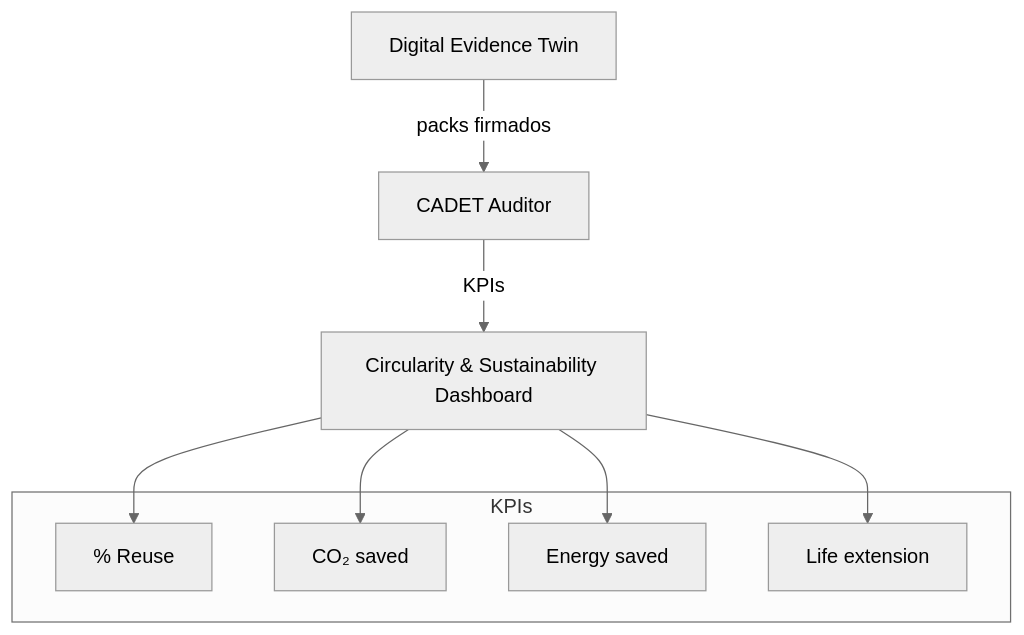
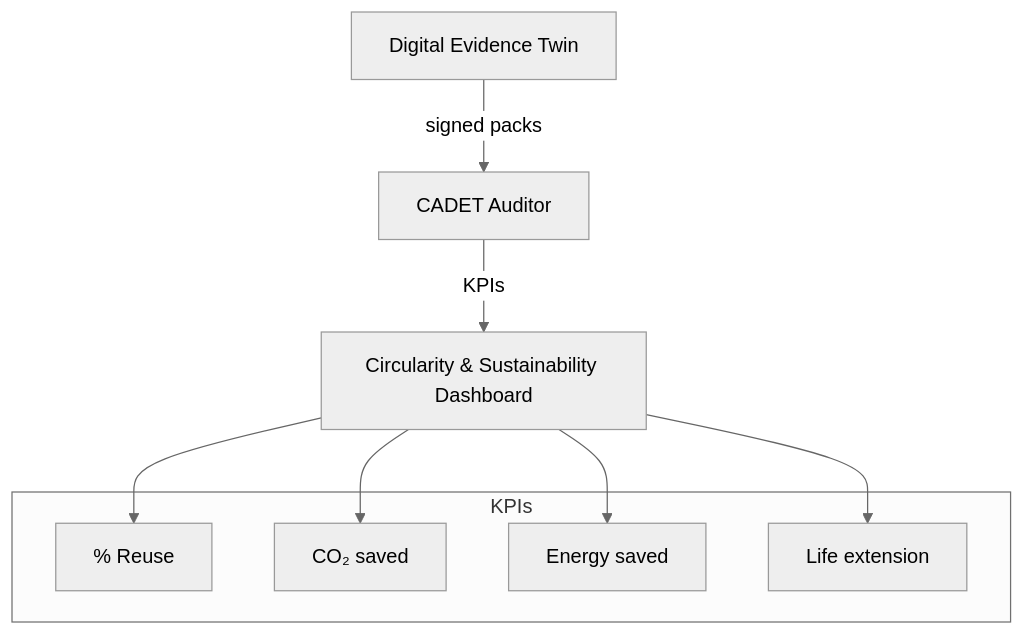
One commit to Robbbo-T/Robbbo-T-LEGACY changed the fifth of 5 diagrams in README.md. Above: the diagram before and after it, drawn with Mermaid (neutral theme). The commit also changed other lines of this file, not shown here.

````diff
--- a/README.md
+++ b/README.md
@@ -480,12 +597,12 @@
 ```mermaid
 flowchart TD
-  DET[Digital Evidence Twin] -->|packs firmados| CADET[CADET Auditor]
+  DET[Digital Evidence Twin] -->|signed packs| CADET[CADET Auditor]
   CADET -->|KPIs| Dash[Circularity & Sustainability Dashboard]
   subgraph KPIs
     R[% Reuse]
     C[CO₂ saved]
     E[Energy saved]
     L[Life extension]
   end
   Dash --> R & C & E & L
 ```
````
